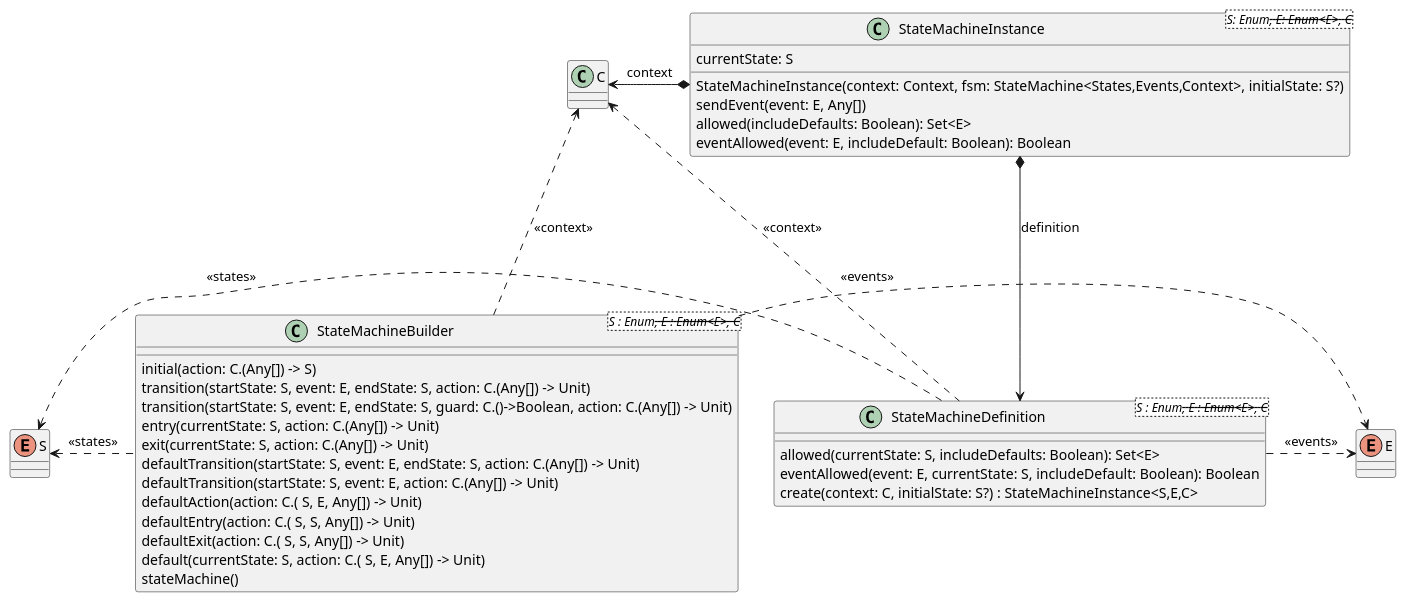
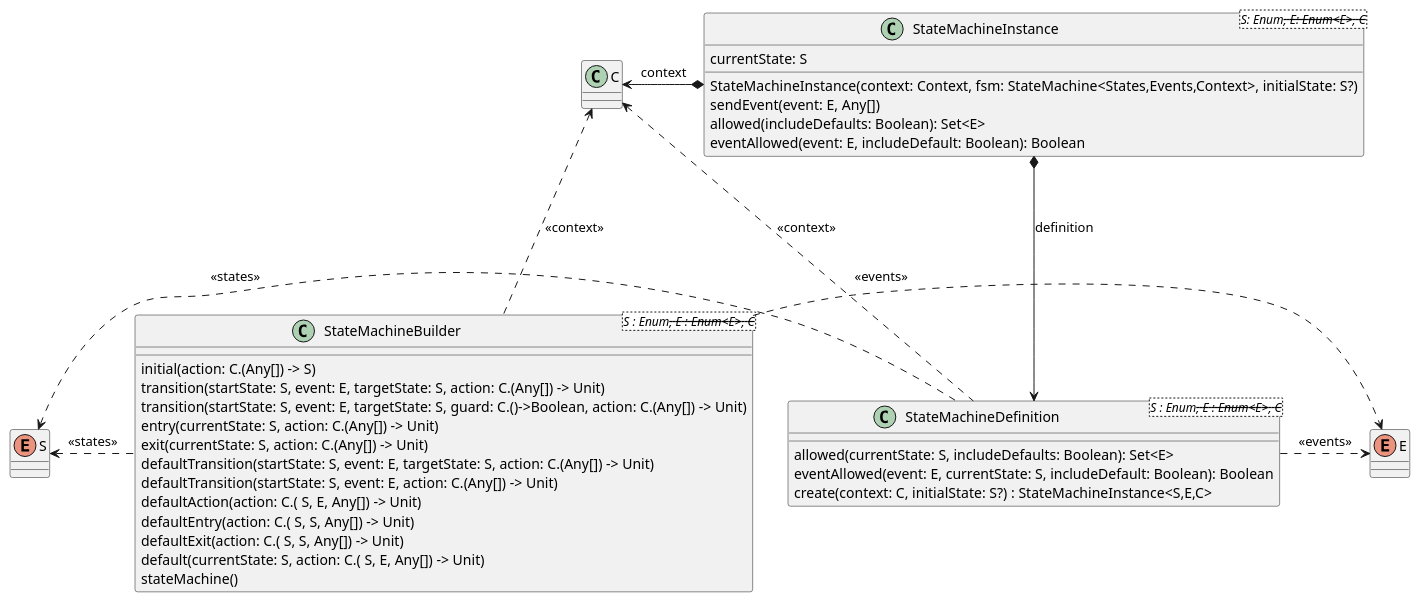
One commit to open-jumpco/kfsm changed the diagram in src/doc/plantuml/statemachine-model.plantuml. Above: the diagram before and after it, drawn with PlantUML. The commit also changed 20 other files, not shown here.

```diff
--- a/src/doc/plantuml/statemachine-model.plantuml
+++ b/src/doc/plantuml/statemachine-model.plantuml
@@ -1,50 +1,50 @@
 @startuml
 
 class C {
 }
 enum S {
 }
 enum E {
 }
 
 class StateMachineBuilder<S : Enum<S>, E : Enum<E>, C> {
     initial(action: C.(Any[]) -> S)
-    transition(startState: S, event: E, endState: S, action: C.(Any[]) -> Unit)
-    transition(startState: S, event: E, endState: S, guard: C.()->Boolean, action: C.(Any[]) -> Unit)
+    transition(startState: S, event: E, targetState: S, action: C.(Any[]) -> Unit)
+    transition(startState: S, event: E, targetState: S, guard: C.()->Boolean, action: C.(Any[]) -> Unit)
     entry(currentState: S, action: C.(Any[]) -> Unit)
     exit(currentState: S, action: C.(Any[]) -> Unit)
-    defaultTransition(startState: S, event: E, endState: S, action: C.(Any[]) -> Unit)
+    defaultTransition(startState: S, event: E, targetState: S, action: C.(Any[]) -> Unit)
     defaultTransition(startState: S, event: E, action: C.(Any[]) -> Unit)
     defaultAction(action: C.( S, E, Any[]) -> Unit)
     defaultEntry(action: C.( S, S, Any[]) -> Unit)
     defaultExit(action: C.( S, S, Any[]) -> Unit)
     default(currentState: S, action: C.( S, E, Any[]) -> Unit)
     stateMachine()
 }
 
 class StateMachineDefinition<S : Enum<S>, E : Enum<E>, C> {
     allowed(currentState: S, includeDefaults: Boolean): Set<E>
     eventAllowed(event: E, currentState: S, includeDefault: Boolean): Boolean
     create(context: C, initialState: S?) : StateMachineInstance<S,E,C>
 }
 
 class StateMachineInstance<S: Enum<S>, E: Enum<E>, C> {
     StateMachineInstance(context: Context, fsm: StateMachine<States,Events,Context>, initialState: S?)
     currentState: S
     sendEvent(event: E, Any[])
     allowed(includeDefaults: Boolean): Set<E>
     eventAllowed(event: E, includeDefault: Boolean): Boolean
 }
 
 StateMachineBuilder .left.> S : <<states>>
 StateMachineBuilder .right.> E : <<events>>
 StateMachineBuilder .up.> C : <<context>>
 
 StateMachineDefinition .left.> S : <<states>>
 StateMachineDefinition .right.> E : <<events>>
 StateMachineDefinition .up.> C : <<context>>
 
 StateMachineInstance *---> StateMachineDefinition : definition
 StateMachineInstance *-left-> C : context
 
 @enduml
```
